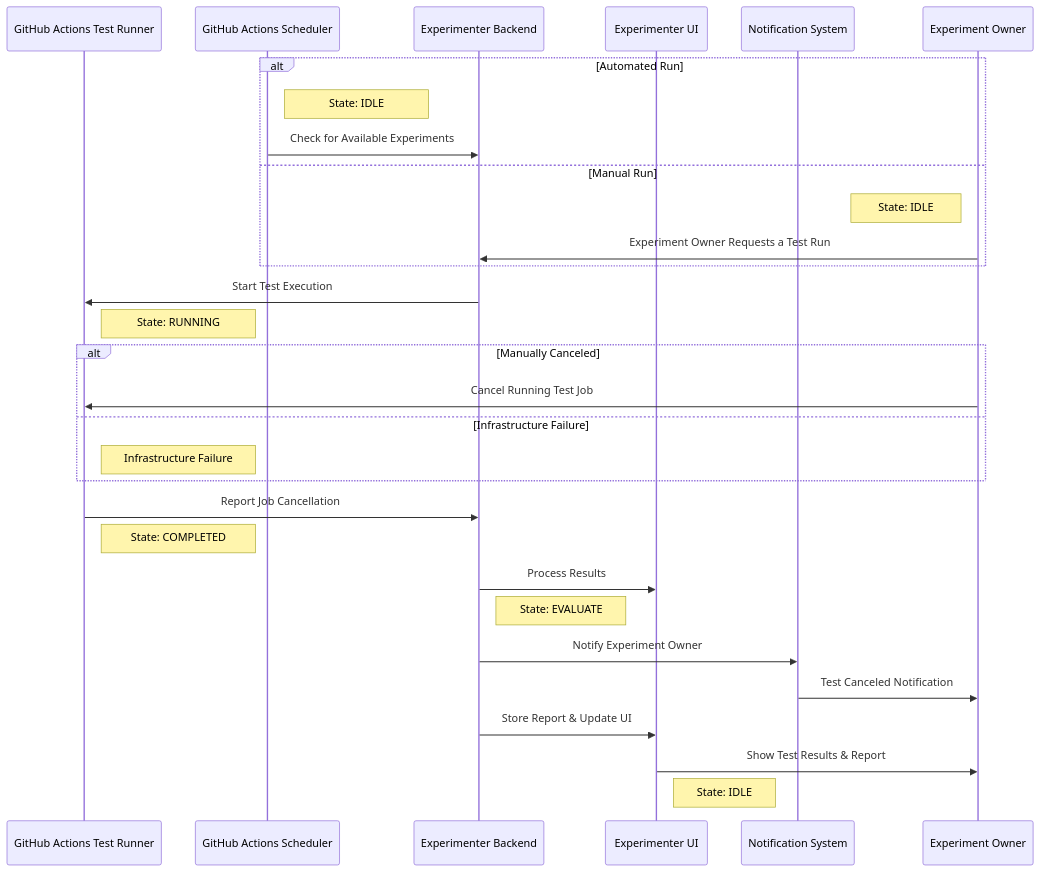
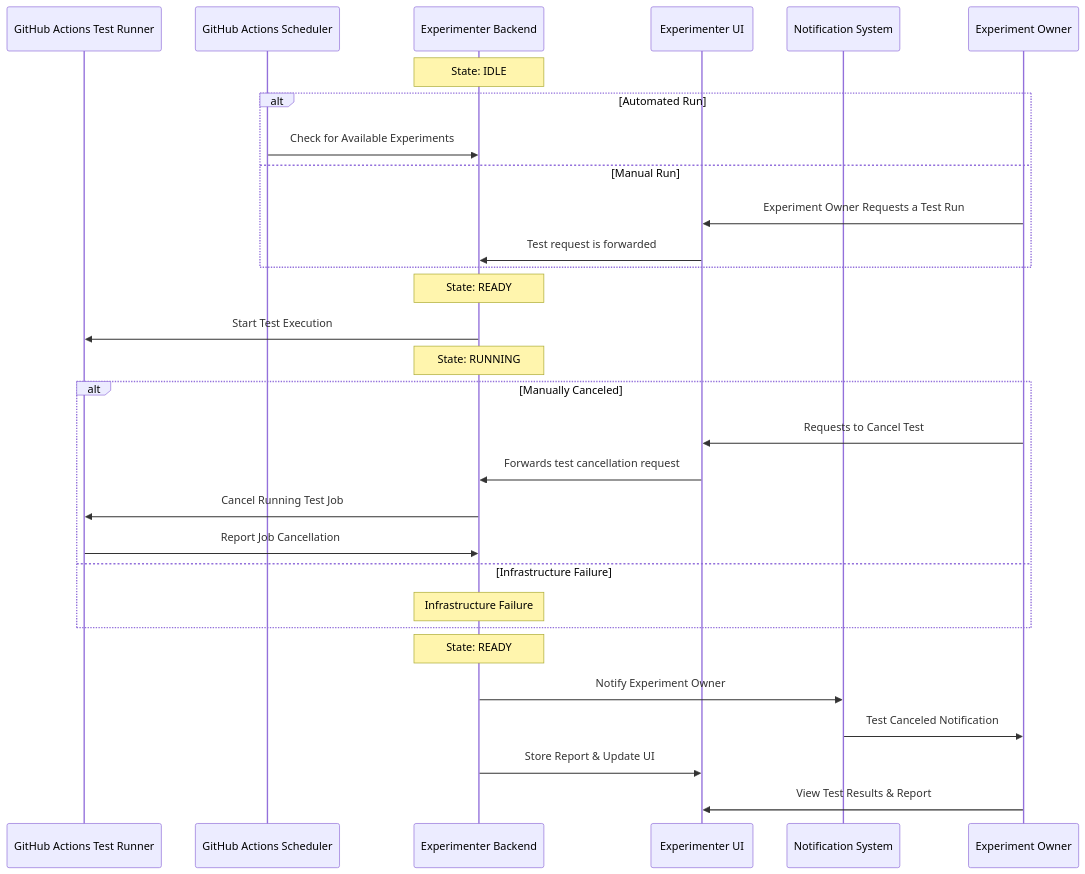
One commit to mozilla/klaatu changed the seventh of 7 diagrams in docs/sequences.md. Above: the diagram before and after it, drawn with Mermaid. The commit also changed other lines of this file, not shown here.

Commit message:
Update sequence diagrams after review.

````diff
--- a/docs/sequences.md
+++ b/docs/sequences.md
@@ -185,36 +174,34 @@
 ```mermaid
     sequenceDiagram
         participant GitHub Actions Test Runner
         participant GitHub Actions Scheduler
         participant Experimenter Backend
         participant Experimenter UI
         participant Notification System
         participant Experiment Owner
 
+        Note over Experimenter Backend: State: IDLE
         alt Automated Run
-            Note right of GitHub Actions Scheduler: State: IDLE
             GitHub Actions Scheduler ->> Experimenter Backend: Check for Available Experiments
         else Manual Run
-            Note left of Experiment Owner: State: IDLE
-            Experiment Owner ->> Experimenter Backend: Experiment Owner Requests a Test Run
+            Experiment Owner ->> Experimenter UI: Experiment Owner Requests a Test Run
+            Experimenter UI ->> Experimenter Backend: Test request is forwarded
         end
+        Note over Experimenter Backend: State: READY
         Experimenter Backend ->> GitHub Actions Test Runner: Start Test Execution
-        Note right of GitHub Actions Test Runner: State: RUNNING
+        Note over Experimenter Backend: State: RUNNING
         alt Manually Canceled
-            Experiment Owner ->> GitHub Actions Test Runner: Cancel Running Test Job
+            Experiment Owner ->> Experimenter UI: Requests to Cancel Test
+            Experimenter UI ->> Experimenter Backend: Forwards test cancellation request
+            Experimenter Backend ->> GitHub Actions Test Runner: Cancel Running Test Job
+            GitHub Actions Test Runner ->> Experimenter Backend: Report Job Cancellation
         else Infrastructure Failure
-            Note right of GitHub Actions Test Runner: Infrastructure Failure
+            Note over Experimenter Backend: Infrastructure Failure
         end
-
-        GitHub Actions Test Runner ->> Experimenter Backend: Report Job Cancellation
-        Note right of GitHub Actions Test Runner: State: COMPLETED
-
-        Experimenter Backend ->> Experimenter UI: Process Results
-        Note right of Experimenter Backend: State: EVALUATE
+        Note over Experimenter Backend: State: READY
         Experimenter Backend ->> Notification System: Notify Experiment Owner
         Notification System ->> Experiment Owner: Test Canceled Notification
         Experimenter Backend ->> Experimenter UI: Store Report & Update UI
-        Experimenter UI ->> Experiment Owner: Show Test Results & Report
-        Note right of Experimenter UI: State: IDLE
+        Experiment Owner ->> Experimenter UI: View Test Results & Report
 
 ```
````
